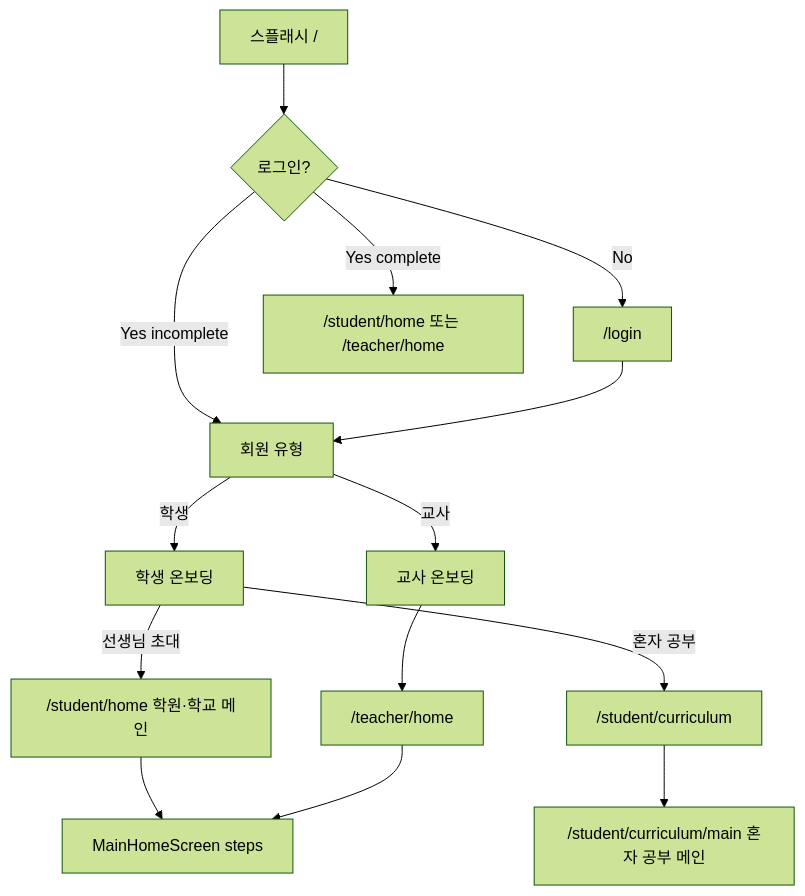
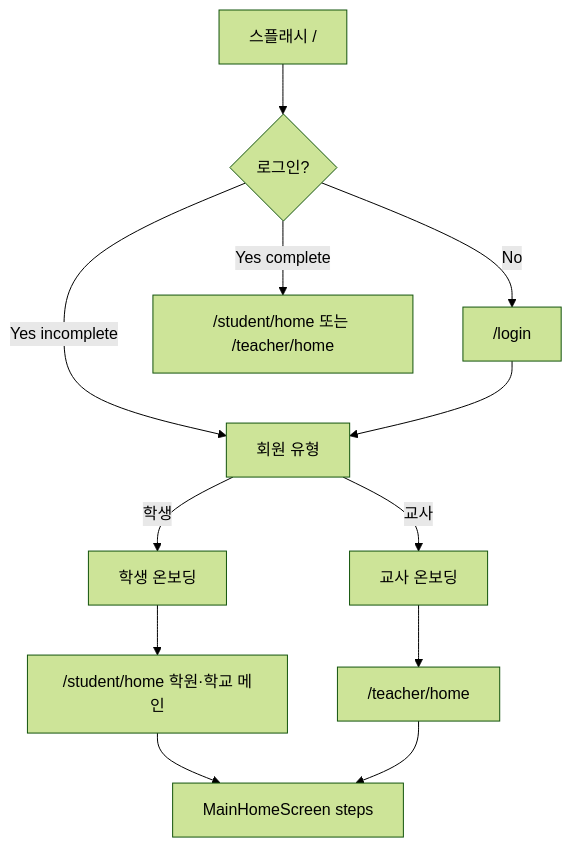
Before and after one commit to hhs4648/loopin-webapp: the first of 2 diagrams in docs/uiux.md, drawn with Mermaid (forest theme). The commit also changed other lines of this file and 439 other files, not shown here.

````diff
--- a/docs/uiux.md
+++ b/docs/uiux.md
@@ -23,16 +23,14 @@
 ```mermaid
 flowchart TD
   splash["스플래시 /"] --> authCheck{"로그인?"}
   authCheck -->|No| login["/login"]
   authCheck -->|Yes incomplete| memberType["회원 유형"]
   authCheck -->|Yes complete| home["/student/home 또는 /teacher/home"]
   login --> memberType
   memberType -->|학생| studentOnb["학생 온보딩"]
   memberType -->|교사| teacherOnb["교사 온보딩"]
-  studentOnb -->|선생님 초대| studentHome["/student/home 학원·학교 메인"]
-  studentOnb -->|혼자 공부| curriculum["/student/curriculum"]
-  curriculum --> curriculumMain["/student/curriculum/main 혼자 공부 메인"]
+  studentOnb --> studentHome["/student/home 학원·학교 메인"]
   teacherOnb --> teacherHome["/teacher/home"]
   studentHome --> mainSteps["MainHomeScreen steps"]
   teacherHome --> mainSteps
 ```
````
